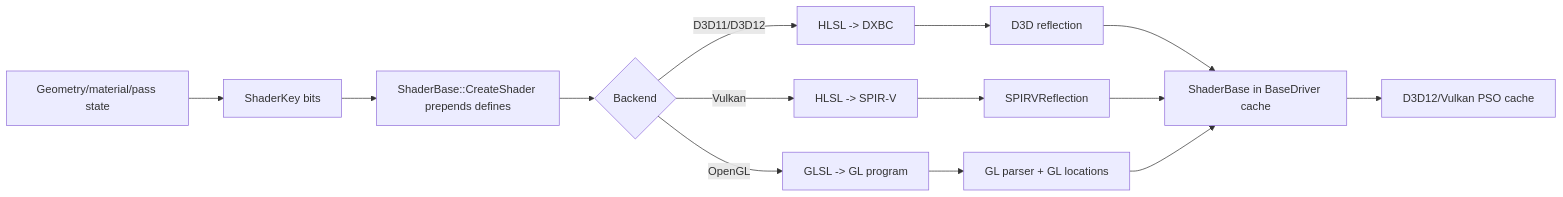
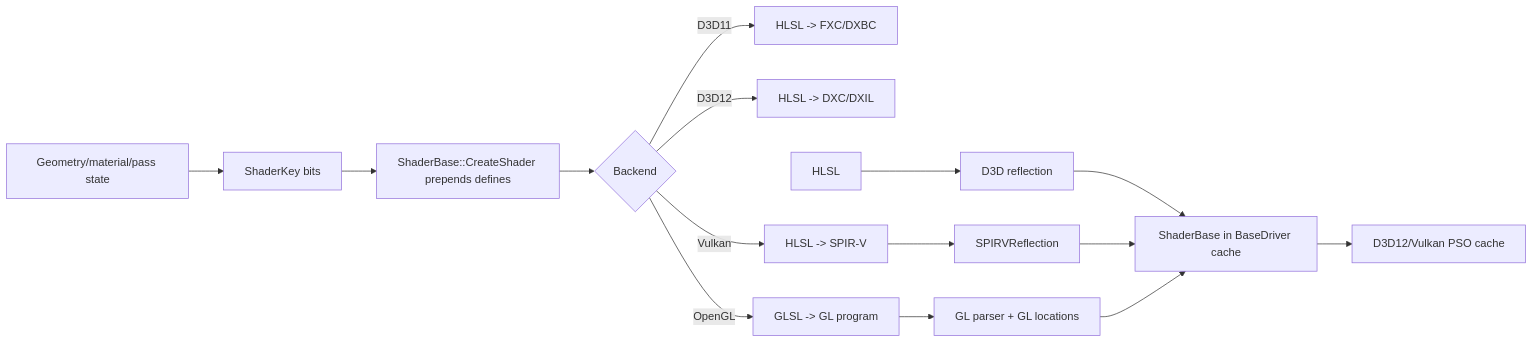
One commit to 0Camus0/T850 changed the first of 3 diagrams in documentation/rendering/shader-management.md. Above: the diagram before and after it, drawn with Mermaid. The commit also changed other lines of this file and 52 other files, not shown here.

````diff
--- a/documentation/rendering/shader-management.md
+++ b/documentation/rendering/shader-management.md
@@ -61,16 +61,17 @@
 ```mermaid
 flowchart LR
   Mesh["Geometry/material/pass state"] --> Key["ShaderKey bits"]
   Key --> Defines["ShaderBase::CreateShader prepends defines"]
   Defines --> Source{"Backend"}
-  Source -->|D3D11/D3D12| HLSL["HLSL -> DXBC"]
+  Source -->|D3D11| HLSL11["HLSL -> FXC/DXBC"]
+  Source -->|D3D12| HLSL12["HLSL -> DXC/DXIL"]
   Source -->|Vulkan| SPV["HLSL -> SPIR-V"]
   Source -->|OpenGL| GLSL["GLSL -> GL program"]
   HLSL --> ReflectD3D["D3D reflection"]
   SPV --> ReflectSPV["SPIRVReflection"]
   GLSL --> ReflectGL["GL parser + GL locations"]
   ReflectD3D --> Runtime["ShaderBase in BaseDriver cache"]
   ReflectSPV --> Runtime
   ReflectGL --> Runtime
   Runtime --> PSO["D3D12/Vulkan PSO cache"]
 ```
````
